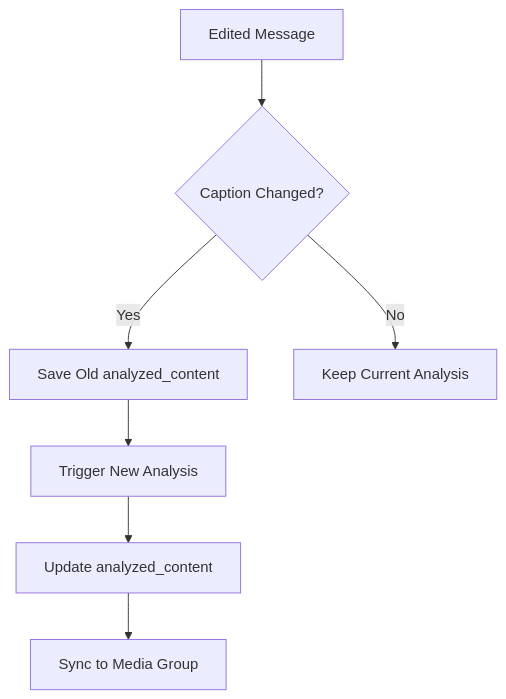
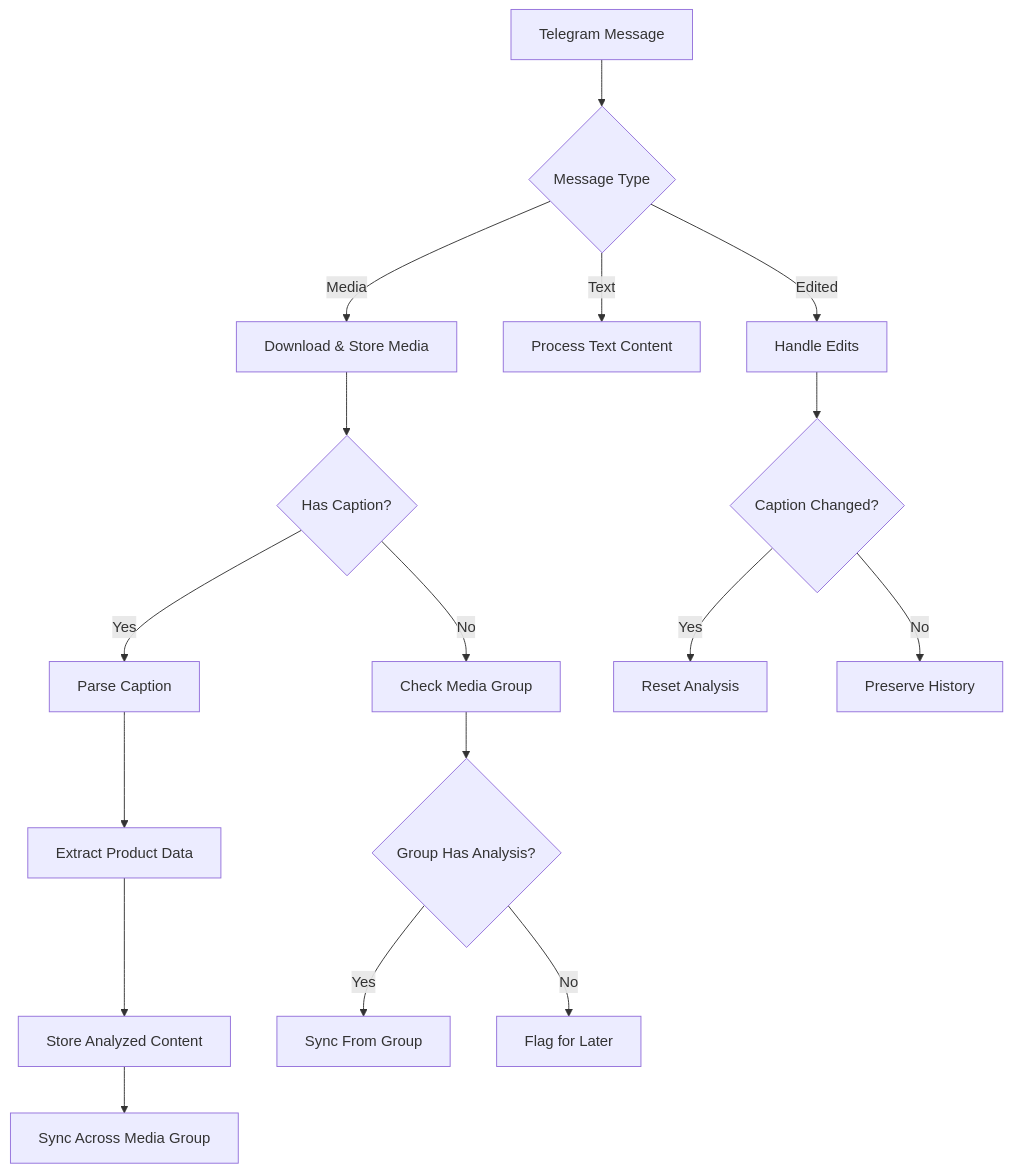
One commit to cmtkdot/xdelo-app changed the sixth of 7 diagrams in README.md. Above: the diagram before and after it, drawn with Mermaid. The commit also changed other lines of this file and 13 other files, not shown here.

````diff
--- a/README.md
+++ b/README.md
@@ -169,9 +389,23 @@
 ```mermaid
 flowchart TD
-    A[Edited Message] --> B{Caption Changed?}
-    B -->|Yes| C[Save Old analyzed_content]
-    B -->|No| D[Keep Current Analysis]
-    C --> E[Trigger New Analysis]
-    E --> F[Update analyzed_content]
-    F --> G[Sync to Media Group]
+    A[Telegram Message] --> B{Message Type}
+    B -->|Media| C[Download & Store Media]
+    B -->|Text| D[Process Text Content]
+    B -->|Edited| E[Handle Edits]
+    
+    C --> F{Has Caption?}
+    F -->|Yes| G[Parse Caption]
+    F -->|No| H[Check Media Group]
+    
+    G --> I[Extract Product Data]
+    I --> J[Store Analyzed Content]
+    J --> K[Sync Across Media Group]
+    
+    H --> L{Group Has Analysis?}
+    L -->|Yes| M[Sync From Group]
+    L -->|No| N[Flag for Later]
+    
+    E --> O{Caption Changed?}
+    O -->|Yes| P[Reset Analysis]
+    O -->|No| Q[Preserve History]
 ```
````
